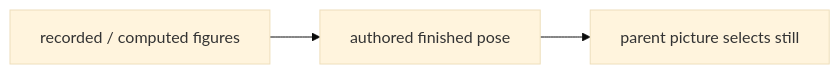
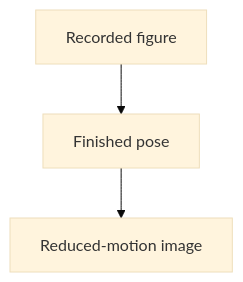
The diagram in docs/img/hero/result-stills/README.md (Valpatel/cad-agent), drawn with Mermaid (base theme) before and after one commit. The commit also changed 1 other file, not shown here.

Commit message:
docs(home): keep figure provenance compact and diagrams contained

````diff
--- a/docs/img/hero/result-stills/README.md
+++ b/docs/img/hero/result-stills/README.md
@@ -7,5 +7,5 @@
 ```mermaid
-flowchart LR
-    A["recorded / computed figures"] --> B["authored finished pose"]
-    B --> C["parent picture selects still"]
+flowchart TD
+    A["Recorded figure"] --> B["Finished pose"]
+    B --> C["Reduced-motion image"]
 ```
````
